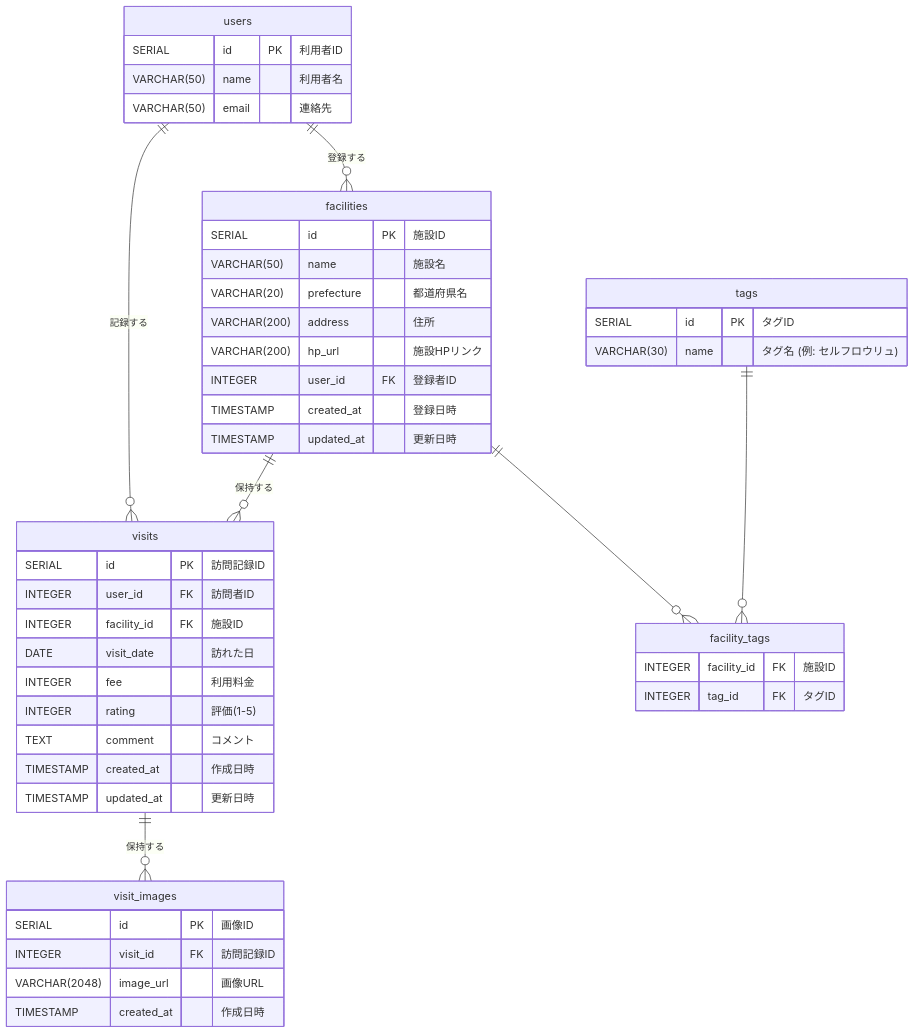
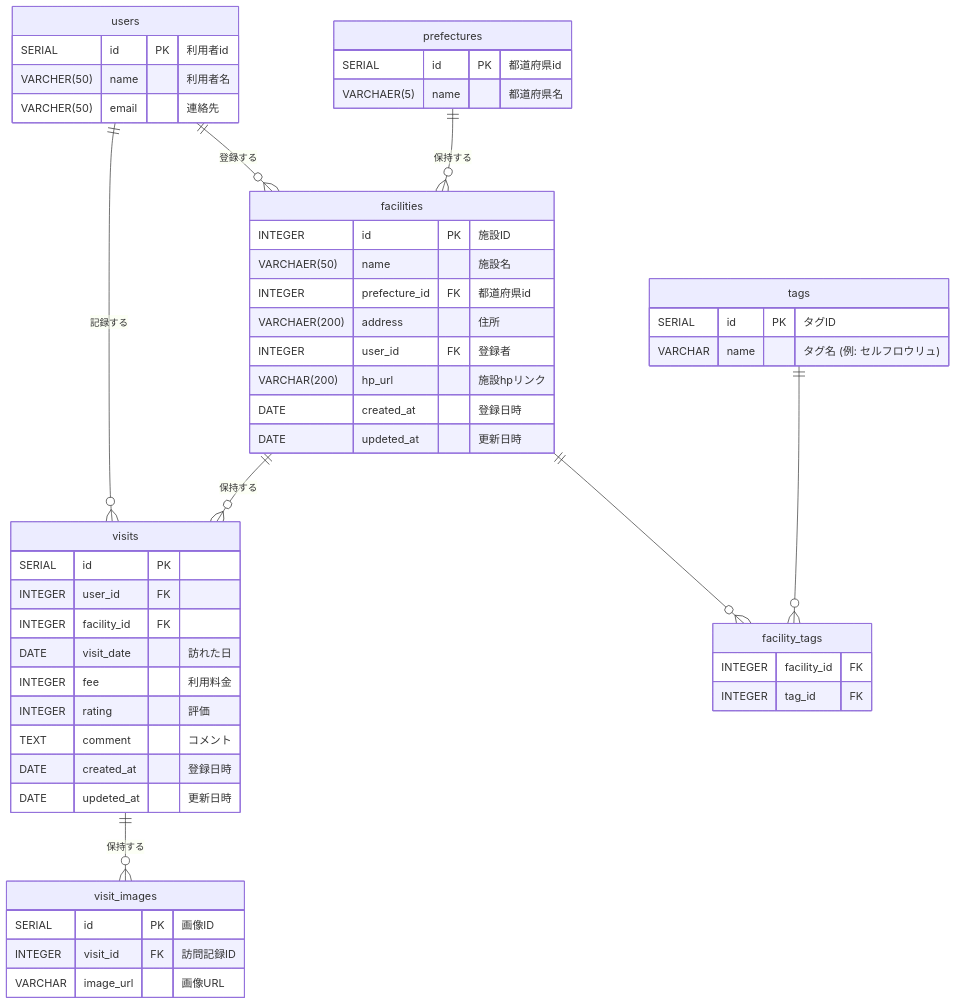
One commit to Seeeeego/sauna_app changed the second of 2 diagrams in README.md. Above: the diagram before and after it, drawn with Mermaid. The commit also changed other lines of this file and 4 other files, not shown here.

````diff
--- a/README.md
+++ b/README.md
@@ -38,55 +63,58 @@
 ```mermaid
 erDiagram
     users {
-        SERIAL id PK "利用者ID"
-        VARCHAR(50) name "利用者名"
-        VARCHAR(50) email "連絡先"
+        SERIAL id PK "利用者id"
+        VARCHER(50) name "利用者名"
+        VARCHER(50) email  "連絡先"
     }
     
-    facilities {
-        SERIAL id PK "施設ID"
-        VARCHAR(50) name "施設名"
-        VARCHAR(20) prefecture "都道府県名"
-        VARCHAR(200) address "住所"
-        VARCHAR(200) hp_url "施設HPリンク"
-        INTEGER user_id FK "登録者ID"
-        TIMESTAMP created_at "登録日時"
-        TIMESTAMP updated_at "更新日時"
+    prefectures {
+        SERIAL  id  PK  "都道府県id"
+        VARCHAER(5) name "都道府県名"
     }
 
+    facilities {
+        INTEGER id PK "施設ID"
+        VARCHAER(50) name "施設名"
+        INTEGER prefecture_id FK "都道府県id"
+        VARCHAER(200) address "住所"
+        INTEGER user_id  FK "登録者"
+        VARCHAR(200) hp_url "施設hpリンク"
+        DATE created_at "登録日時"
+        DATE updeted_at "更新日時"
+    }
+    
     visits {
-        SERIAL id PK "訪問記録ID"
-        INTEGER user_id FK "訪問者ID"
-        INTEGER facility_id FK "施設ID"
+        SERIAL id PK
+        INTEGER user_id FK
+        INTEGER facility_id FK
         DATE visit_date "訪れた日"
         INTEGER fee "利用料金"
-        INTEGER rating "評価(1-5)"
+        INTEGER rating "評価"
         TEXT comment "コメント"
-        TIMESTAMP created_at "作成日時"
-        TIMESTAMP updated_at "更新日時"
+        DATE created_at "登録日時"
+        DATE updeted_at "更新日時"
     }
 
     tags {
         SERIAL id PK "タグID"
-        VARCHAR(30) name "タグ名 (例: セルフロウリュ)"
+        VARCHAR name "タグ名 (例: セルフロウリュ)"
     }
-
     facility_tags {
-        INTEGER facility_id FK "施設ID"
-        INTEGER tag_id FK "タグID"
+        INTEGER facility_id FK
+        INTEGER tag_id FK
     }
-
     visit_images {
         SERIAL id PK "画像ID"
         INTEGER visit_id FK "訪問記録ID"
-        VARCHAR(2048) image_url "画像URL"
-        TIMESTAMP created_at "作成日時"
+        VARCHAR image_url "画像URL"
     }
     
     users ||--o{ facilities : "登録する"
     users ||--o{ visits : "記録する"
     facilities ||--o{ visits : "保持する"
     facilities ||--o{ facility_tags : ""
     tags ||--o{ facility_tags : ""
     visits ||--o{ visit_images : "保持する"
+    prefectures ||--o{ facilities: "保持する"
 ```
````
